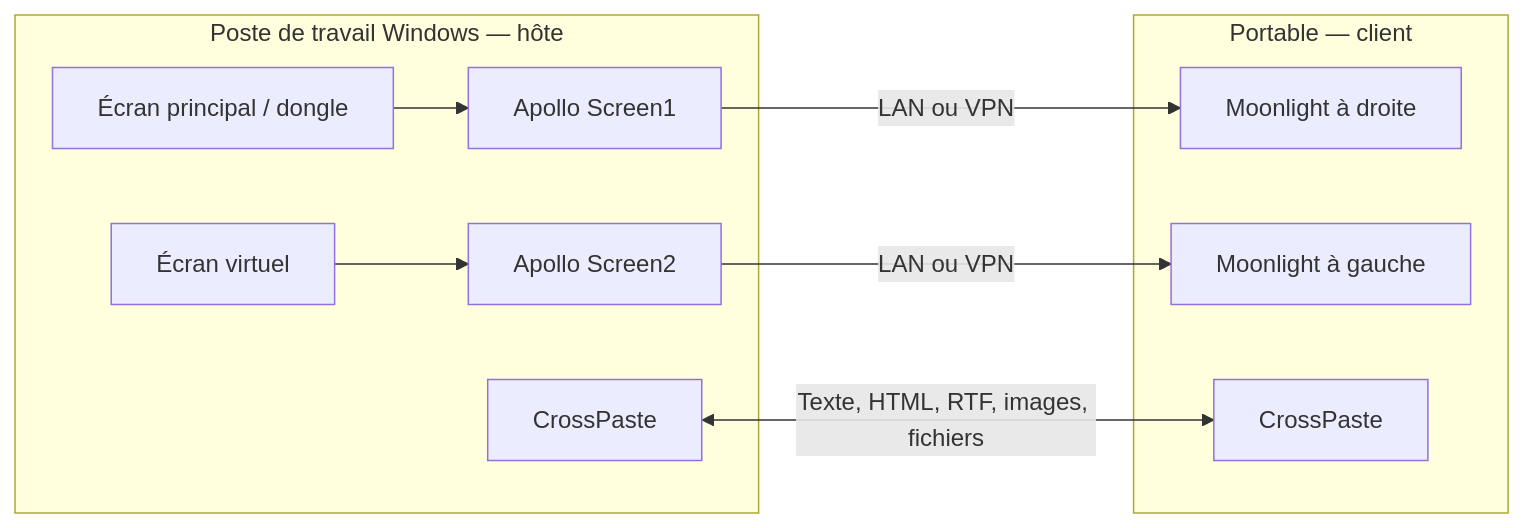
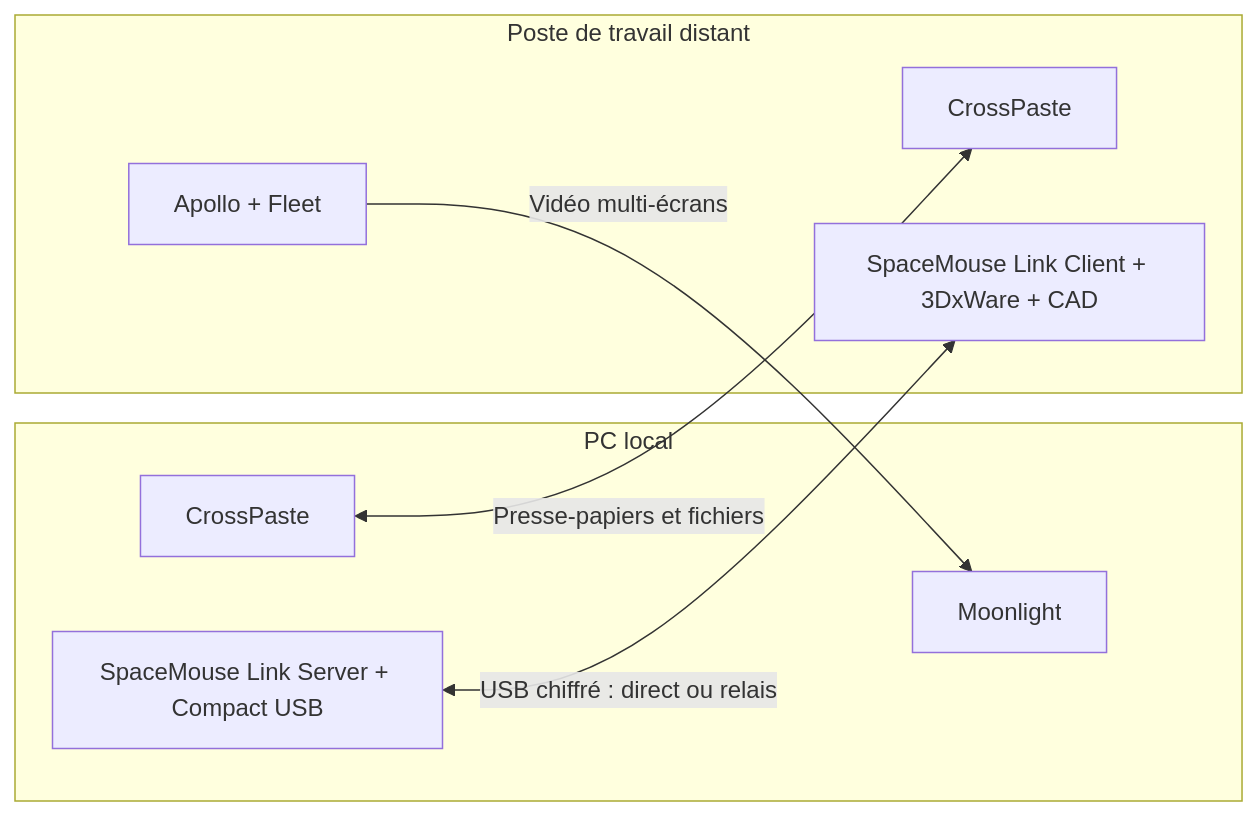
The diagram in README.md (softyoda/apollo-desktop-kit), drawn with Mermaid before and after one commit. The commit also changed other lines of this file and 7 other files, not shown here.

Commit message:
Fix unelevated SpaceMouse firewall checks and refresh project homepage

````diff
--- a/README.md
+++ b/README.md
@@ -29,16 +59,16 @@
 ```mermaid
 flowchart LR
-  subgraph H[Poste de travail Windows — hôte]
-    P[Écran principal / dongle] --> A[Apollo Screen1]
-    V[Écran virtuel] --> B[Apollo Screen2]
-    CH[CrossPaste]
+  subgraph LOCAL[PC local]
+    M[Moonlight]
+    CL[CrossPaste]
+    S[SpaceMouse Link Server + Compact USB]
   end
-  subgraph C[Portable — client]
-    M1[Moonlight à droite]
-    M2[Moonlight à gauche]
-    CC[CrossPaste]
+  subgraph REMOTE[Poste de travail distant]
+    A[Apollo + Fleet]
+    CR[CrossPaste]
+    C[SpaceMouse Link Client + 3DxWare + CAD]
   end
-  A -->|LAN ou VPN| M1
-  B -->|LAN ou VPN| M2
-  CH <-->|Texte, HTML, RTF, images, fichiers| CC
+  A -->|Vidéo multi-écrans| M
+  CL <-->|Presse-papiers et fichiers| CR
+  S <-->|USB chiffré : direct ou relais| C
 ```
````
